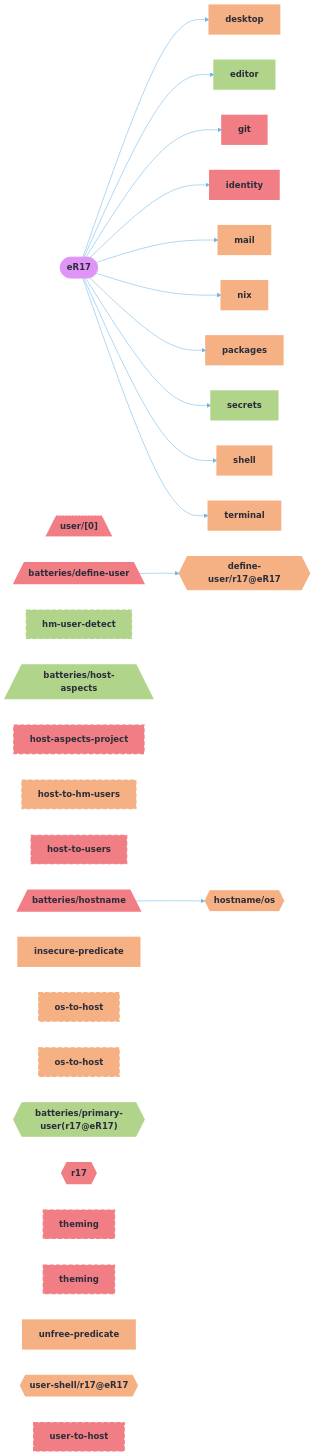
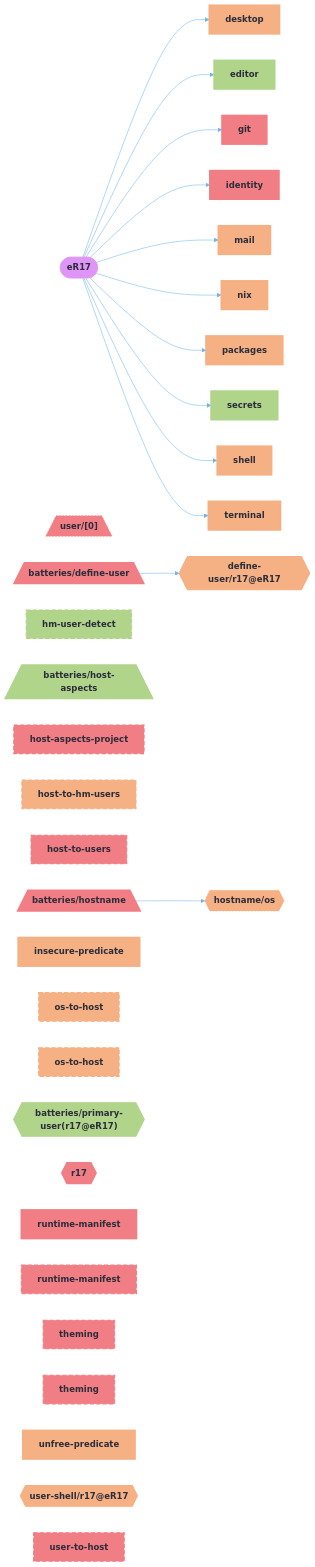
The second of 5 diagrams in README.md (r17x/universe), drawn with Mermaid before and after one commit. The commit also changed other lines of this file and 27 other files, not shown here.

```diff
--- a/README.md
+++ b/README.md
@@ -169,6 +171,8 @@
   packages["packages"]:::packages_c
   den__batteries__primary_user_r17_eR17_{{"batteries/primary-user(r17@eR17)"}}:::den__batteries__primary_user_r17_eR17__c
   r17{{"r17"}}:::r17_c
+  runtime_manifest_host_eR17["runtime-manifest"]:::runtime_manifest_host_eR17_c
+  runtime_manifest_user_r17["runtime-manifest"]:::runtime_manifest_user_r17_c
   secrets["secrets"]:::secrets_c
   shell["shell"]:::shell_c
   terminal["terminal"]:::terminal_c
@@ -215,6 +219,8 @@
   classDef packages_c fill:#F5B083,stroke:#F5B083,color:#2B2D3A,stroke-width:3px
   classDef den__batteries__primary_user_r17_eR17__c fill:#B1D48B,stroke:#B1D48B,color:#2B2D3A,stroke-width:2px
   classDef r17_c fill:#F17E84,stroke:#F17E84,color:#2B2D3A,stroke-width:3px
+  classDef runtime_manifest_host_eR17_c fill:#F17E84,stroke:#F17E84,color:#2B2D3A,stroke-width:3px
+  classDef runtime_manifest_user_r17_c fill:#F17E84,stroke:#F17E84,color:#2B2D3A,stroke-width:2px,stroke-dasharray: 8 4
   classDef secrets_c fill:#B1D48B,stroke:#B1D48B,color:#2B2D3A,stroke-width:3px
   classDef shell_c fill:#F5B083,stroke:#F5B083,color:#2B2D3A,stroke-width:3px
   classDef terminal_c fill:#F5B083,stroke:#F5B083,color:#2B2D3A,stroke-width:3px
```
